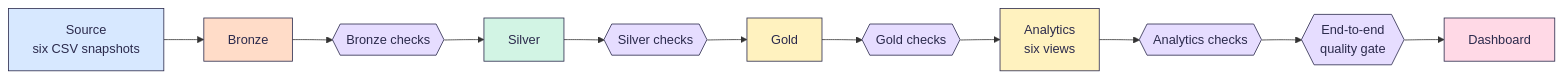
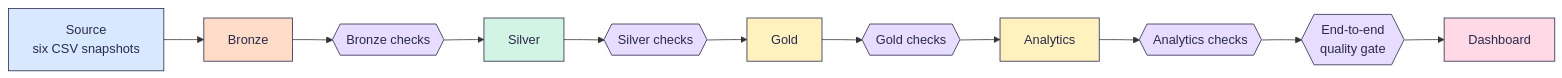
One commit to Buildabida/infra-project-monitoring changed the diagram in README.md. Above: the diagram before and after it, drawn with Mermaid.

Commit message:
Simplify Analytics label in flowchart
Removed line breaks in Analytics label for clarity.

````diff
--- a/README.md
+++ b/README.md
@@ -68,14 +68,14 @@
 ```mermaid
 flowchart LR
     S["Source<br>six CSV snapshots"]:::src --> B["Bronze"]:::bronze --> BV{{"Bronze checks"}}:::val
     BV --> SV["Silver"]:::silver --> SVV{{"Silver checks"}}:::val
     SVV --> G["Gold"]:::gold --> GV{{"Gold checks"}}:::val
-    GV --> A["Analytics<br>six views"]:::gold --> AV{{"Analytics checks"}}:::val
+    GV --> A["Analytics"]:::gold --> AV{{"Analytics checks"}}:::val
     AV --> Q{{"End-to-end<br>quality gate"}}:::val --> D["Dashboard"]:::dash
     classDef src fill:#D7E8FF,stroke:#2B2A4C,color:#2B2A4C
     classDef bronze fill:#FFDCC8,stroke:#2B2A4C,color:#2B2A4C
     classDef silver fill:#D2F4E4,stroke:#2B2A4C,color:#2B2A4C
     classDef gold fill:#FFF2BF,stroke:#2B2A4C,color:#2B2A4C
     classDef val fill:#E6DDFF,stroke:#2B2A4C,color:#2B2A4C
     classDef dash fill:#FFD9E6,stroke:#2B2A4C,color:#2B2A4C
 ```
````
